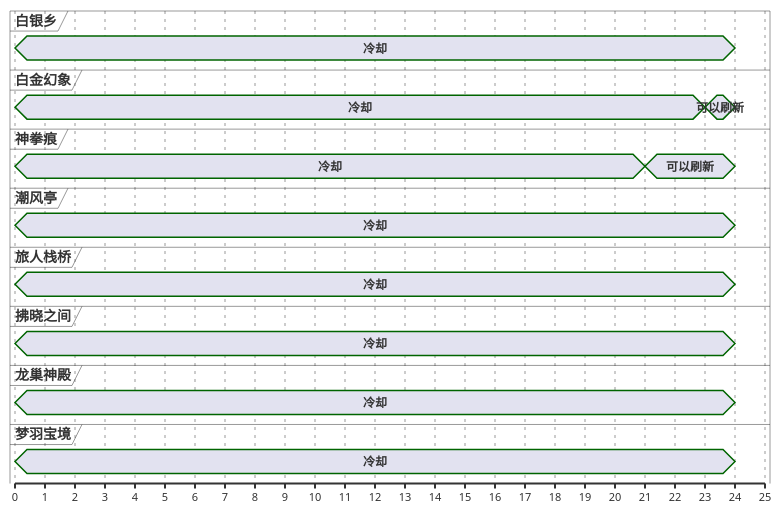
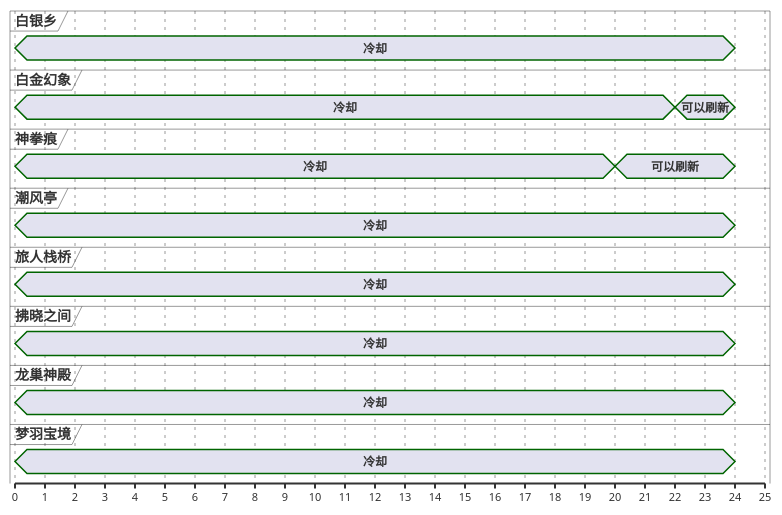
One commit to Eroleice/doc-pi changed the second of 13 diagrams in ffxiv/hunt/2.0/Bonnacon.md. Above: the diagram before and after it, drawn with PlantUML. The commit also changed other lines of this file and 38 other files, not shown here.

````diff
--- a/ffxiv/hunt/2.0/Bonnacon.md
+++ b/ffxiv/hunt/2.0/Bonnacon.md
@@ -86,49 +86,49 @@
 ```plantuml
 @startuml
 scale 1 as 30 pixels
 
 concise 白银乡
 concise 白金幻象
 concise 神拳痕
 concise 潮风亭
 concise 旅人栈桥
 concise 拂晓之间
 concise 龙巢神殿
 concise 梦羽宝境
 
 @神拳痕
 0 is 冷却
-21 is 可以刷新
+20 is 可以刷新
 24 is {hidden}
 
 @白银乡
 0 is 冷却
 24 is {hidden}
 
 @潮风亭
 0 is 冷却
 24 is {hidden}
 
 @龙巢神殿
 0 is 冷却
 24 is {hidden}
 
 @拂晓之间
 0 is 冷却
 24 is {hidden}
 
 @梦羽宝境
 0 is 冷却
 24 is {hidden}
 
 @白金幻象
 0 is 冷却
-23 is 可以刷新
+22 is 可以刷新
 24 is {hidden}
 
 @旅人栈桥
 0 is 冷却
 24 is {hidden}
 
 @enduml
 ```
````
